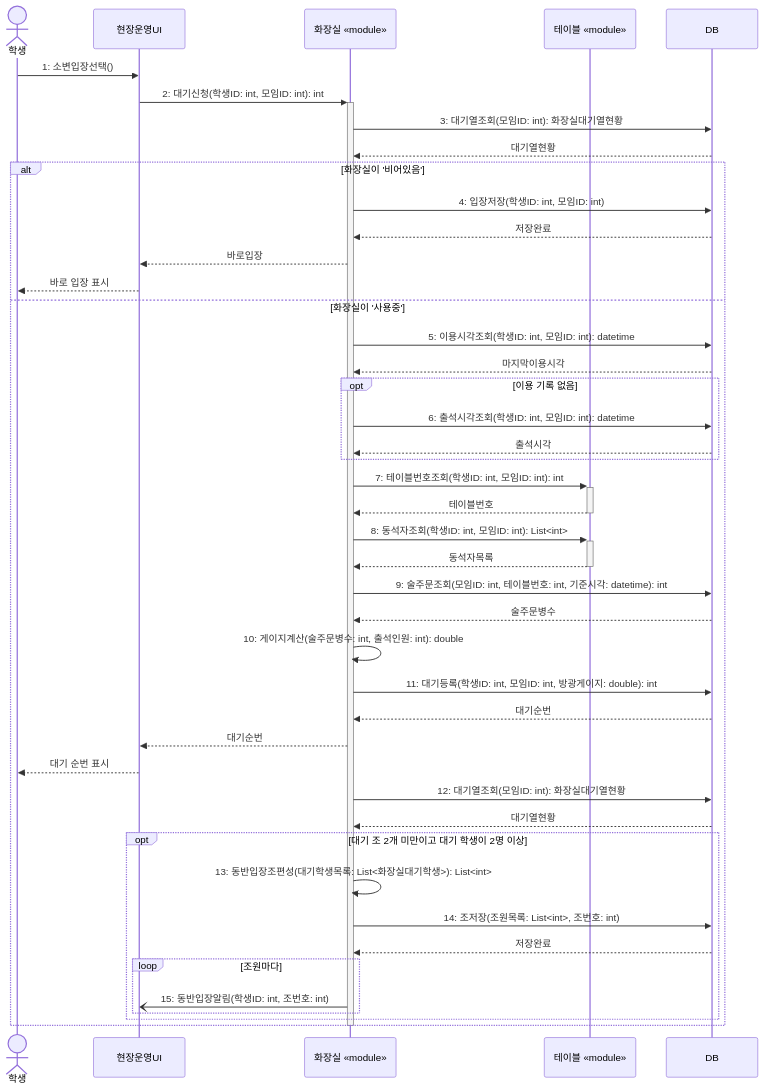
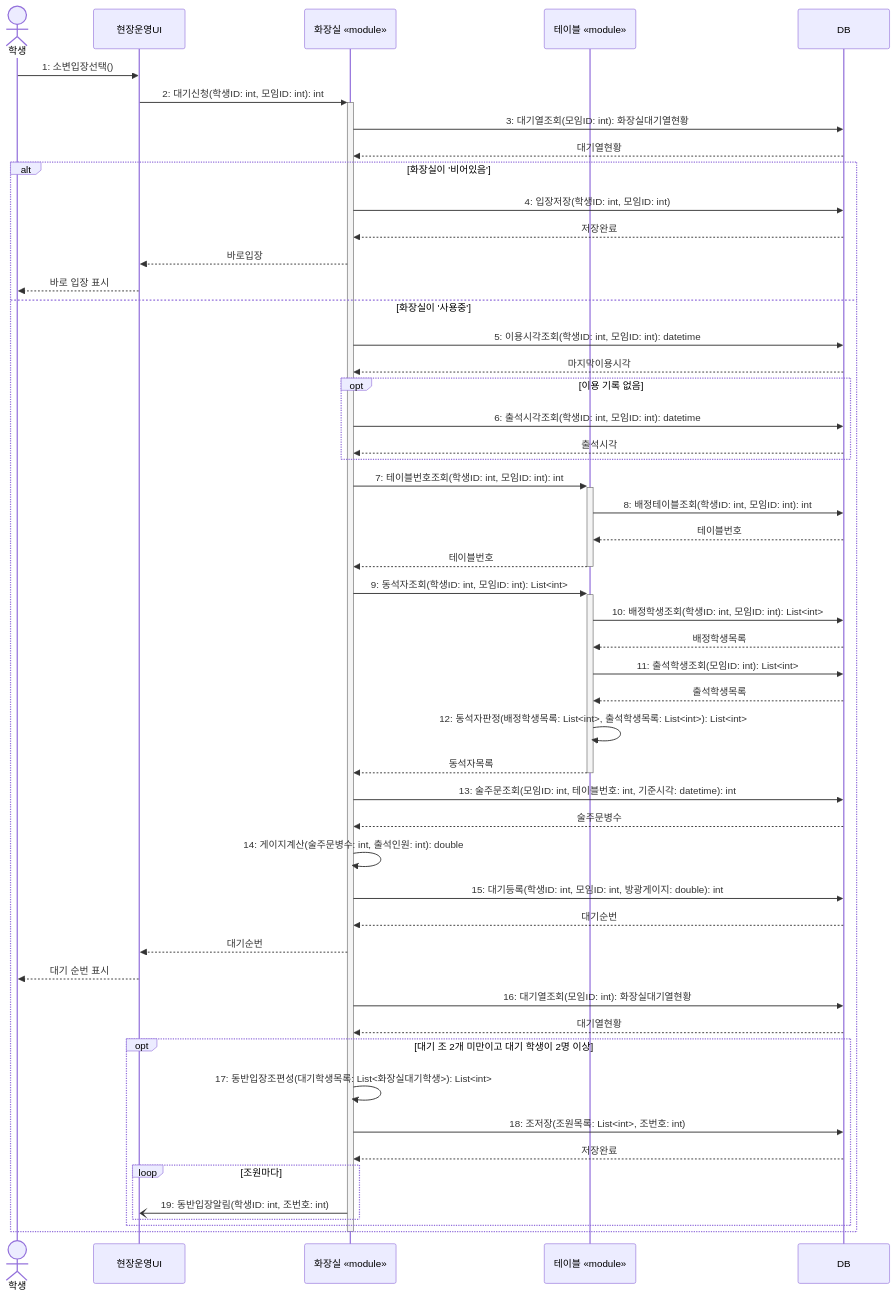
One commit to hojae3/sw-engineering-16 changed the diagram in draft/hojae/18-final/seq-18-1.md. Above: the diagram before and after it, drawn with Mermaid. The commit also changed other lines of this file and 2 other files, not shown here.

Commit message:
[draft] 호재 18-1: 테이블 모듈의 DB 조회와 동석자판정을 그림에 추가, 조 편성을 방광 게이지 높은 순 2명으로 변경

````diff
--- a/draft/hojae/18-final/seq-18-1.md
+++ b/draft/hojae/18-final/seq-18-1.md
@@ -27,50 +27,60 @@
 ```mermaid
 sequenceDiagram
     actor 학생
     participant 화면 as 현장운영UI
     participant 화장실 as 화장실 «module»
     participant 테이블 as 테이블 «module»
     participant DB as DB
 
     학생->>화면: 1: 소변입장선택()
     화면->>+화장실: 2: 대기신청(학생ID: int, 모임ID: int): int
     화장실->>DB: 3: 대기열조회(모임ID: int): 화장실대기열현황
     DB-->>화장실: 대기열현황
 
     alt 화장실이 '비어있음'
         화장실->>DB: 4: 입장저장(학생ID: int, 모임ID: int)
         DB-->>화장실: 저장완료
         화장실-->>화면: 바로입장
         화면-->>학생: 바로 입장 표시
     else 화장실이 '사용중'
         화장실->>DB: 5: 이용시각조회(학생ID: int, 모임ID: int): datetime
         DB-->>화장실: 마지막이용시각
         opt 이용 기록 없음
             화장실->>DB: 6: 출석시각조회(학생ID: int, 모임ID: int): datetime
             DB-->>화장실: 출석시각
         end
+
         화장실->>+테이블: 7: 테이블번호조회(학생ID: int, 모임ID: int): int
+        테이블->>DB: 8: 배정테이블조회(학생ID: int, 모임ID: int): int
+        DB-->>테이블: 테이블번호
         테이블-->>-화장실: 테이블번호
-        화장실->>+테이블: 8: 동석자조회(학생ID: int, 모임ID: int): List<int>
+
+        화장실->>+테이블: 9: 동석자조회(학생ID: int, 모임ID: int): List<int>
+        테이블->>DB: 10: 배정학생조회(학생ID: int, 모임ID: int): List<int>
+        DB-->>테이블: 배정학생목록
+        테이블->>DB: 11: 출석학생조회(모임ID: int): List<int>
+        DB-->>테이블: 출석학생목록
+        테이블->>테이블: 12: 동석자판정(배정학생목록: List<int>, 출석학생목록: List<int>): List<int>
         테이블-->>-화장실: 동석자목록
-        화장실->>DB: 9: 술주문조회(모임ID: int, 테이블번호: int, 기준시각: datetime): int
+
+        화장실->>DB: 13: 술주문조회(모임ID: int, 테이블번호: int, 기준시각: datetime): int
         DB-->>화장실: 술주문병수
-        화장실->>화장실: 10: 게이지계산(술주문병수: int, 출석인원: int): double
-        화장실->>DB: 11: 대기등록(학생ID: int, 모임ID: int, 방광게이지: double): int
+        화장실->>화장실: 14: 게이지계산(술주문병수: int, 출석인원: int): double
+        화장실->>DB: 15: 대기등록(학생ID: int, 모임ID: int, 방광게이지: double): int
         DB-->>화장실: 대기순번
         화장실-->>화면: 대기순번
         화면-->>학생: 대기 순번 표시
 
-        화장실->>DB: 12: 대기열조회(모임ID: int): 화장실대기열현황
+        화장실->>DB: 16: 대기열조회(모임ID: int): 화장실대기열현황
         DB-->>화장실: 대기열현황
         opt 대기 조 2개 미만이고 대기 학생이 2명 이상
-            화장실->>화장실: 13: 동반입장조편성(대기학생목록: List<화장실대기학생>): List<int>
-            화장실->>DB: 14: 조저장(조원목록: List<int>, 조번호: int)
+            화장실->>화장실: 17: 동반입장조편성(대기학생목록: List<화장실대기학생>): List<int>
+            화장실->>DB: 18: 조저장(조원목록: List<int>, 조번호: int)
             DB-->>화장실: 저장완료
             loop 조원마다
-                화장실-)화면: 15: 동반입장알림(학생ID: int, 조번호: int)
+                화장실-)화면: 19: 동반입장알림(학생ID: int, 조번호: int)
             end
         end
     end
     deactivate 화장실
 ```
````
